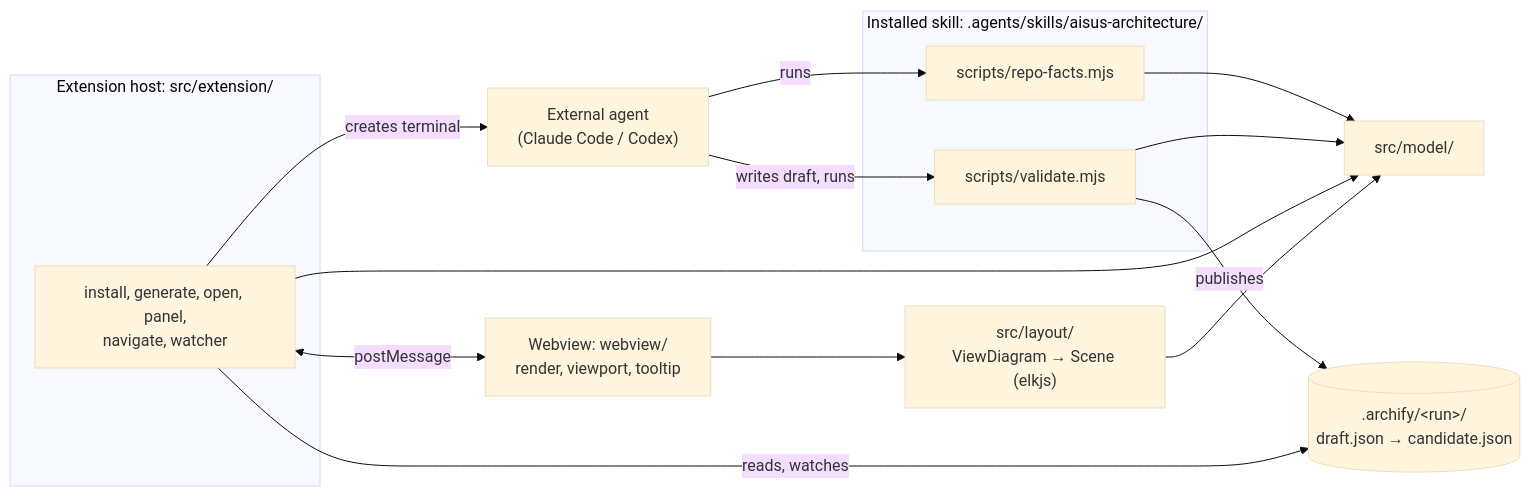
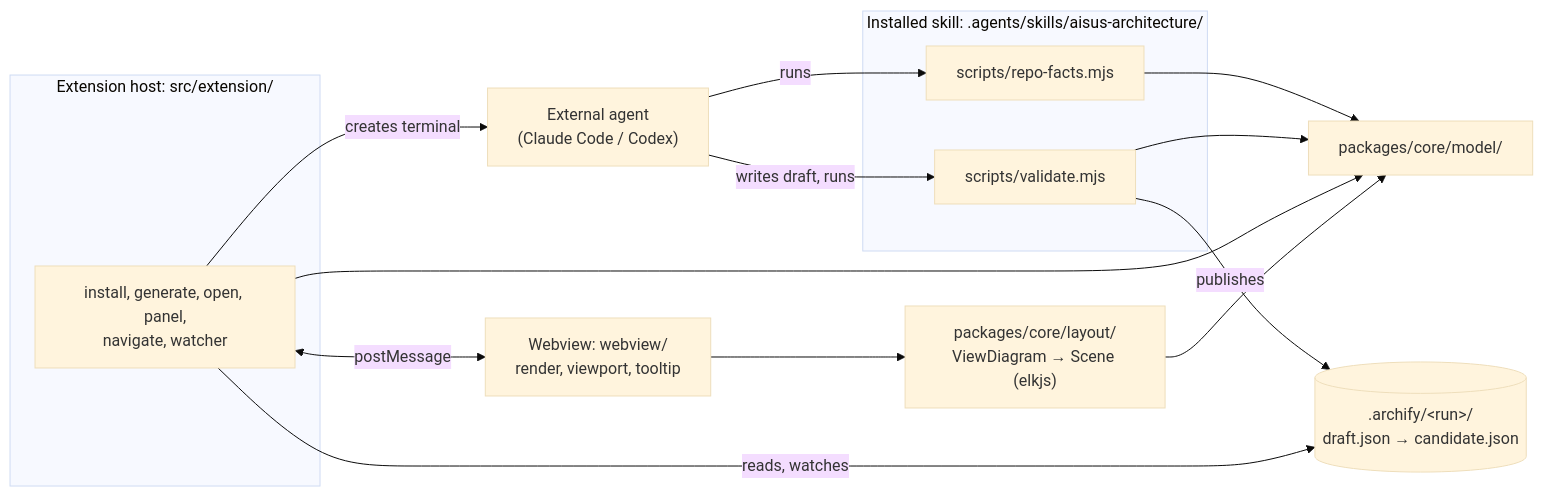
The first of 4 diagrams in docs/architecture.md (aisusdev/aisus), drawn with Mermaid (base theme) before and after one commit. The commit also changed other lines of this file and 282 other files, not shown here.

Commit message:
layout: model, layout and the skill scripts become @aisus/core in packages/core

````diff
--- a/docs/architecture.md
+++ b/docs/architecture.md
@@ -9,27 +9,27 @@
 ```mermaid
 flowchart LR
   agent["External agent<br/>(Claude Code / Codex)"]
   subgraph skill["Installed skill: .agents/skills/aisus-architecture/"]
     rf["scripts/repo-facts.mjs"]
     val["scripts/validate.mjs"]
   end
   subgraph ext["Extension host: src/extension/"]
     host["install, generate, open, panel,<br/>navigate, watcher"]
   end
   web["Webview: webview/<br/>render, viewport, tooltip"]
-  model["src/model/"]
-  layout["src/layout/<br/>ViewDiagram → Scene (elkjs)"]
+  model["packages/core/model/"]
+  layout["packages/core/layout/<br/>ViewDiagram → Scene (elkjs)"]
   disk[(".archify/&lt;run&gt;/<br/>draft.json → candidate.json")]
 
   agent -- "runs" --> rf
   agent -- "writes draft, runs" --> val
   rf --> model
   val --> model
   val -- "publishes" --> disk
   host --> model
   host <-- "postMessage" --> web
   web --> layout
   layout --> model
   host -- "reads, watches" --> disk
   host -- "creates terminal" --> agent
 ```
````
